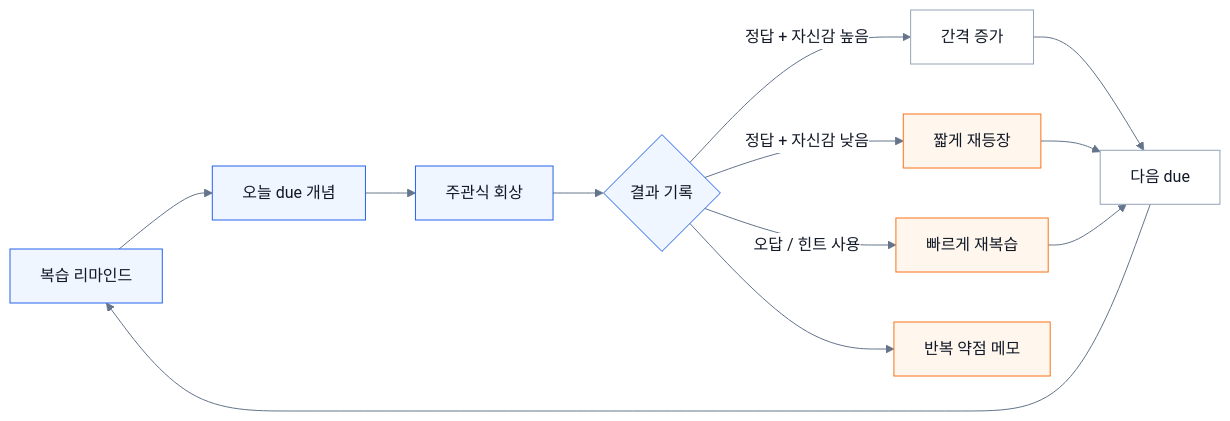
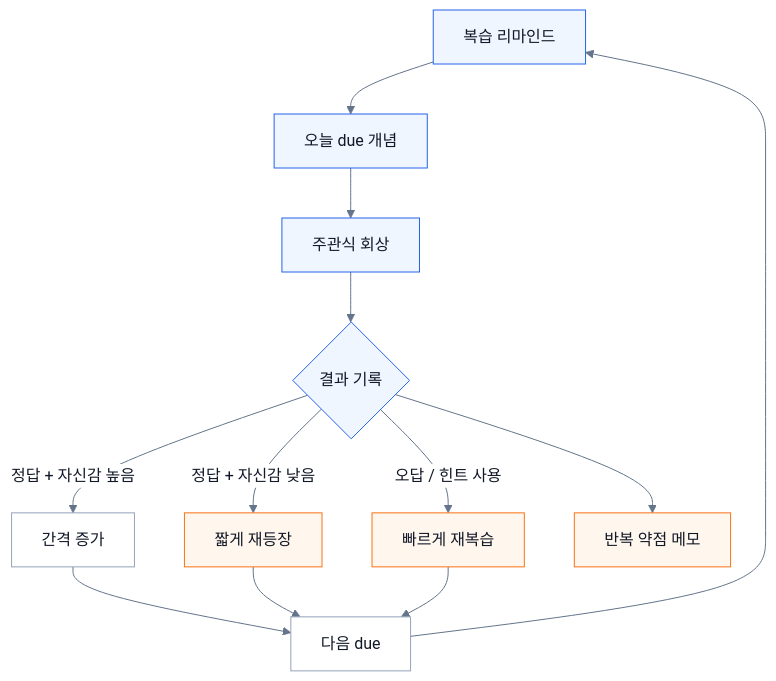
The third of 3 diagrams in _posts/essay/2026-06-28-how-i-use-ai.md (JeonJe/JeonJe.github.io), drawn with Mermaid before and after one commit. The commit also changed other lines of this file, not shown here.

Commit message:
fix: AI 활용 글 mermaid 도식 세로 배치로 가독성 개선

````diff
--- a/_posts/essay/2026-06-28-how-i-use-ai.md
+++ b/_posts/essay/2026-06-28-how-i-use-ai.md
@@ -160,24 +164,24 @@
 ```mermaid
 %%{init: {"theme": "base", "themeVariables": {"background": "#ffffff", "mainBkg": "#ffffff", "primaryColor": "#ffffff", "primaryBorderColor": "#94a3b8", "primaryTextColor": "#111827", "lineColor": "#64748b", "clusterBkg": "#ffffff", "clusterBorder": "#cbd5e1"}}}%%
-flowchart LR
+flowchart TB
     A["복습 리마인드"] --> B["오늘 due 개념"]
     B --> C["주관식 회상"]
     C --> D{"결과 기록"}
 
     D -->|정답 + 자신감 높음| E["간격 증가"]
     D -->|정답 + 자신감 낮음| F["짧게 재등장"]
     D -->|오답 / 힌트 사용| G["빠르게 재복습"]
 
     E --> H["다음 due"]
     F --> H
     G --> H
     H --> A
 
     D --> I["반복 약점 메모"]
 
     classDef default fill:#ffffff,stroke:#94a3b8,color:#111827;
     classDef recall fill:#eff6ff,stroke:#2563eb,color:#111827;
     classDef weak fill:#fff7ed,stroke:#f97316,color:#111827;
     class A,B,C,D recall;
     class F,G,I weak;
 ```
````
